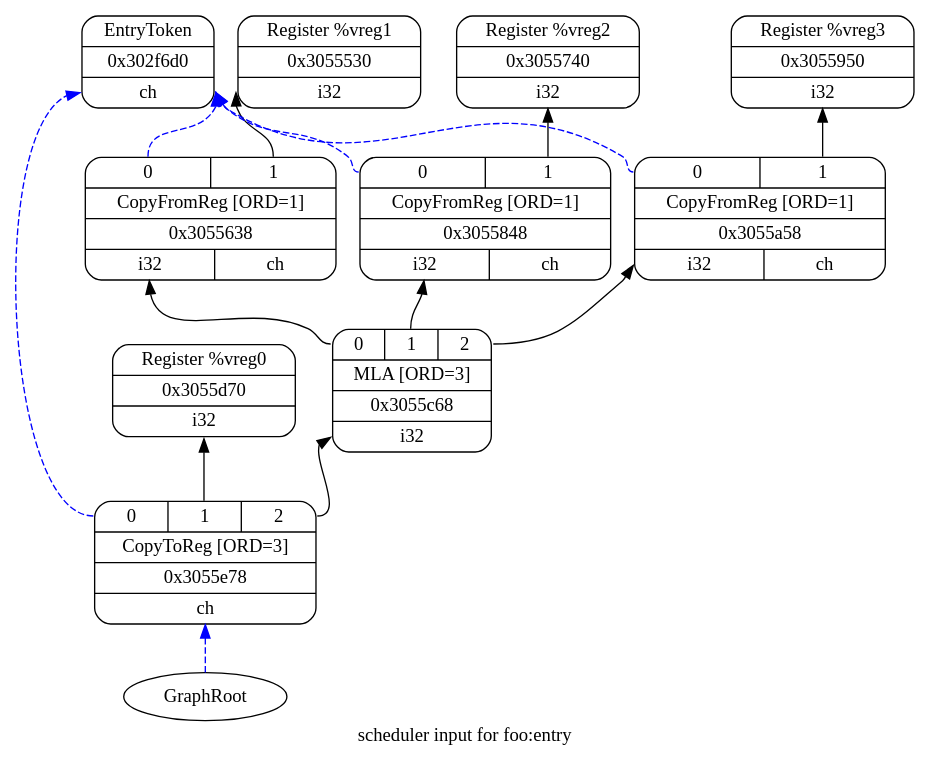
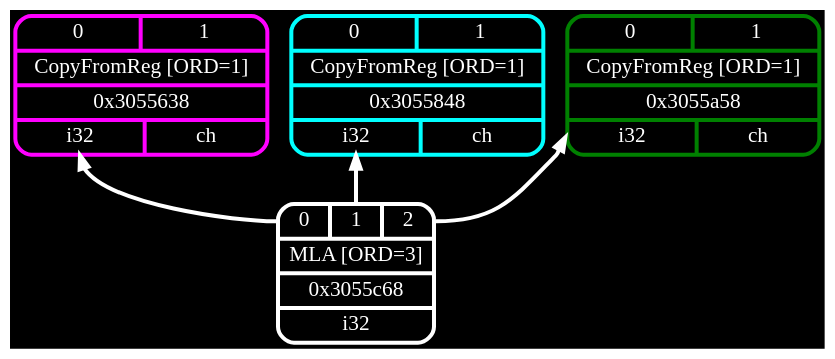
The diagram in docs/Codeplay/examples/ex3/ex3-post-isel-mla.dot (frasercrmck/llvm-leg), drawn with Graphviz before and after one commit. The commit also changed 16 other files, not shown here.

Commit message:
Rename example graph files.

```diff
--- a/docs/Codeplay/examples/ex3/ex3-post-isel-mla.dot
+++ b/docs/Codeplay/examples/ex3/ex3-post-isel-mla.dot
@@ -1,29 +1,12 @@
 digraph "scheduler input for foo:entry" {
 	rankdir="BT";
-	label="scheduler input for foo:entry";
+	bgcolor="black";
 
-	Node0x302f6d0 [shape=record,shape=Mrecord,label="{EntryToken|0x302f6d0|{<d0>ch}}"];
-	Node0x3055530 [shape=record,shape=Mrecord,label="{Register %vreg1|0x3055530|{<d0>i32}}"];
-	Node0x3055740 [shape=record,shape=Mrecord,label="{Register %vreg2|0x3055740|{<d0>i32}}"];
-	Node0x3055950 [shape=record,shape=Mrecord,label="{Register %vreg3|0x3055950|{<d0>i32}}"];
-	Node0x3055d70 [shape=record,shape=Mrecord,label="{Register %vreg0|0x3055d70|{<d0>i32}}"];
-	Node0x3055638 [shape=record,shape=Mrecord,label="{{<s0>0|<s1>1}|CopyFromReg [ORD=1]|0x3055638|{<d0>i32|<d1>ch}}"];
-	Node0x3055638:s0 -> Node0x302f6d0:d0[color=blue,style=dashed];
-	Node0x3055638:s1 -> Node0x3055530:d0;
-	Node0x3055848 [shape=record,shape=Mrecord,label="{{<s0>0|<s1>1}|CopyFromReg [ORD=1]|0x3055848|{<d0>i32|<d1>ch}}"];
-	Node0x3055848:s0 -> Node0x302f6d0:d0[color=blue,style=dashed];
-	Node0x3055848:s1 -> Node0x3055740:d0;
-	Node0x3055a58 [shape=record,shape=Mrecord,label="{{<s0>0|<s1>1}|CopyFromReg [ORD=1]|0x3055a58|{<d0>i32|<d1>ch}}"];
-	Node0x3055a58:s0 -> Node0x302f6d0:d0[color=blue,style=dashed];
-	Node0x3055a58:s1 -> Node0x3055950:d0;
-	Node0x3055c68 [shape=record,shape=Mrecord,label="{{<s0>0|<s1>1|<s2>2}|MLA [ORD=3]|0x3055c68|{<d0>i32}}"];
-	Node0x3055c68:s0 -> Node0x3055638:d0;
-	Node0x3055c68:s1 -> Node0x3055848:d0;
-	Node0x3055c68:s2 -> Node0x3055a58:d0;
-	Node0x3055e78 [shape=record,shape=Mrecord,label="{{<s0>0|<s1>1|<s2>2}|CopyToReg [ORD=3]|0x3055e78|{<d0>ch}}"];
-	Node0x3055e78:s0 -> Node0x302f6d0:d0[color=blue,style=dashed];
-	Node0x3055e78:s1 -> Node0x3055d70:d0;
-	Node0x3055e78:s2 -> Node0x3055c68:d0;
-	Node0x0[ plaintext=circle, label ="GraphRoot"];
-	Node0x0 -> Node0x3055e78:d0[color=blue,style=dashed];
+	Node0x3055638 [shape=record,shape=Mrecord,label="{{<s0>0|<s1>1}|CopyFromReg [ORD=1]|0x3055638|{<d0>i32|<d1>ch}}", penwidth=3,color="magenta",fontname="Calibri",fontsize=16,fontcolor="white"];
+	Node0x3055848 [shape=record,shape=Mrecord,label="{{<s0>0|<s1>1}|CopyFromReg [ORD=1]|0x3055848|{<d0>i32|<d1>ch}}", penwidth=3,color="cyan",fontname="Calibri",fontsize=16,fontcolor="white"];
+	Node0x3055a58 [shape=record,shape=Mrecord,label="{{<s0>0|<s1>1}|CopyFromReg [ORD=1]|0x3055a58|{<d0>i32|<d1>ch}}", penwidth=3,color="green",fontname="Calibri",fontsize=16,fontcolor="white"];
+	Node0x3055c68 [shape=record,shape=Mrecord,label="{{<s0>0|<s1>1|<s2>2}|MLA [ORD=3]|0x3055c68|{<d0>i32}}", penwidth=3,color="white",fontname="Calibri",fontsize=16,fontcolor="white"];
+	Node0x3055c68:s0 -> Node0x3055638:d0[penwidth=3,color="white",fontname="Calibri",fontsize=16,fontcolor="white"];
+	Node0x3055c68:s1 -> Node0x3055848:d0[penwidth=3,color="white",fontname="Calibri",fontsize=16,fontcolor="white"];
+	Node0x3055c68:s2 -> Node0x3055a58:d0[penwidth=3,color="white",fontname="Calibri",fontsize=16,fontcolor="white"];
 }
```
